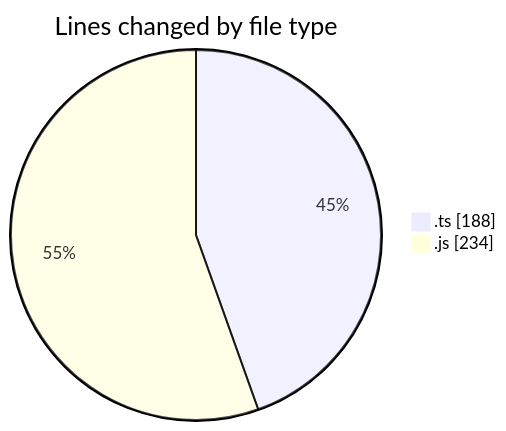
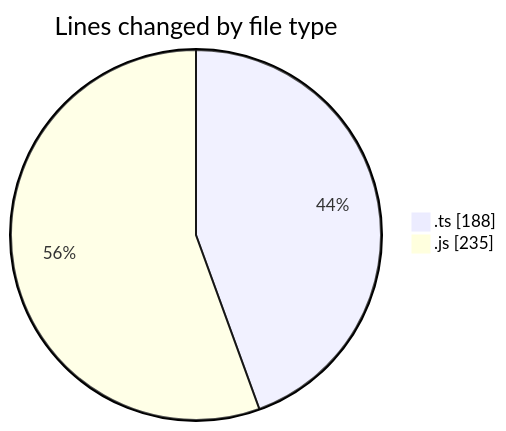
The first of 2 diagrams in 2025-03-12/cda/README.md (momahboobian/code-tracking), drawn with Mermaid before and after one commit. The commit also changed other lines of this file and 1 other file, not shown here.

````diff
--- a/2025-03-12/cda/README.md
+++ b/2025-03-12/cda/README.md
@@ -25,6 +25,6 @@
 ```mermaid
 pie showData
 title Lines changed by file type
 ".ts" : 188
-".js" : 234
+".js" : 235
 ```
````
